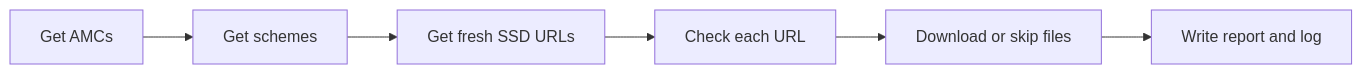
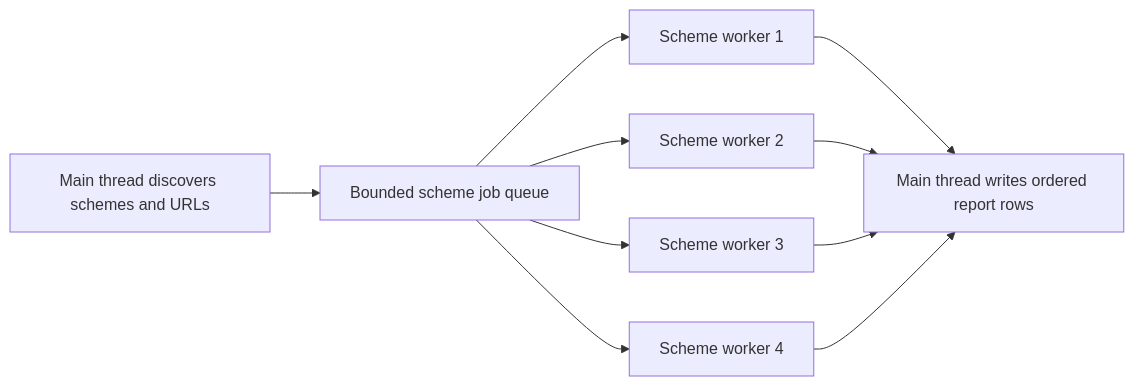
The diagram in README.md (anurag-napho/napho-amfi-amc-ssd-downloader), drawn with Mermaid before and after one commit. The commit also changed other lines of this file and 6 other files, not shown here.

````diff
--- a/README.md
+++ b/README.md
@@ -22,8 +22,12 @@
 ```mermaid
 flowchart LR
-    A[Get AMCs] --> B[Get schemes]
-    B --> C[Get fresh SSD URLs]
-    C --> D[Check each URL]
-    D --> E[Download or skip files]
-    E --> F[Write report and log]
+    A[Main thread discovers schemes and URLs] --> B[Bounded scheme job queue]
+    B --> C[Scheme worker 1]
+    B --> D[Scheme worker 2]
+    B --> E[Scheme worker 3]
+    B --> F[Scheme worker 4]
+    C --> G[Main thread writes ordered report rows]
+    D --> G
+    E --> G
+    F --> G
 ```
````
